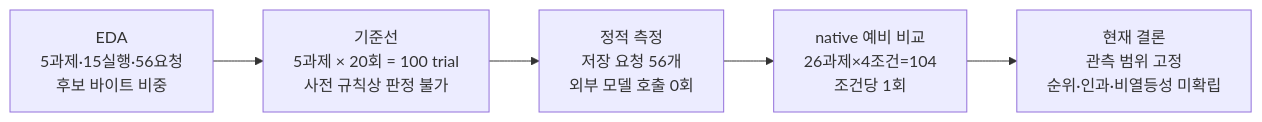
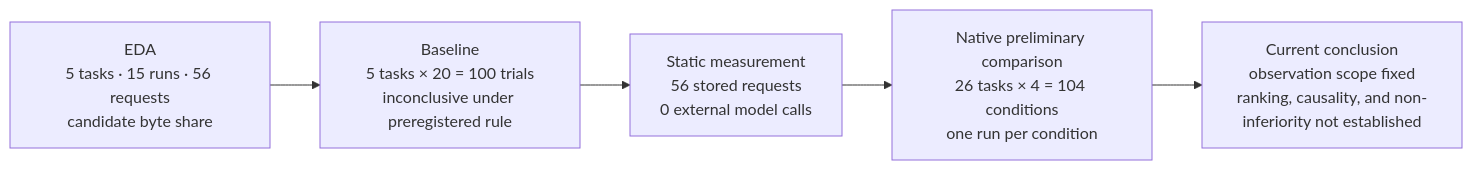
One commit to hyeonsangjeon/prompt-compression-billing-bench changed the diagram in docs/experiment/01-preliminary-comparison/experiment-briefing-20260919.md. Above: the diagram before and after it, drawn with Mermaid. The commit also changed other lines of this file and 47 other files, not shown here.

````diff
--- a/docs/experiment/01-preliminary-comparison/experiment-briefing-20260919.md
+++ b/docs/experiment/01-preliminary-comparison/experiment-briefing-20260919.md
@@ -35,9 +60,9 @@
 ```mermaid
 flowchart LR
-  A["EDA<br/>5과제·15실행·56요청<br/>후보 바이트 비중"]
-  B["기준선<br/>5과제 × 20회 = 100 trial<br/>사전 규칙상 판정 불가"]
-  C["정적 측정<br/>저장 요청 56개<br/>외부 모델 호출 0회"]
-  D["native 예비 비교<br/>26과제×4조건=104<br/>조건당 1회"]
-  E["현재 결론<br/>관측 범위 고정<br/>순위·인과·비열등성 미확립"]
+  A["EDA<br/>5 tasks · 15 runs · 56 requests<br/>candidate byte share"]
+  B["Baseline<br/>5 tasks × 20 = 100 trials<br/>inconclusive under preregistered rule"]
+  C["Static measurement<br/>56 stored requests<br/>0 external model calls"]
+  D["Native preliminary comparison<br/>26 tasks × 4 = 104 conditions<br/>one run per condition"]
+  E["Current conclusion<br/>observation scope fixed<br/>ranking, causality, and non-inferiority not established"]
   A --> B --> C --> D --> E
 ```
````
